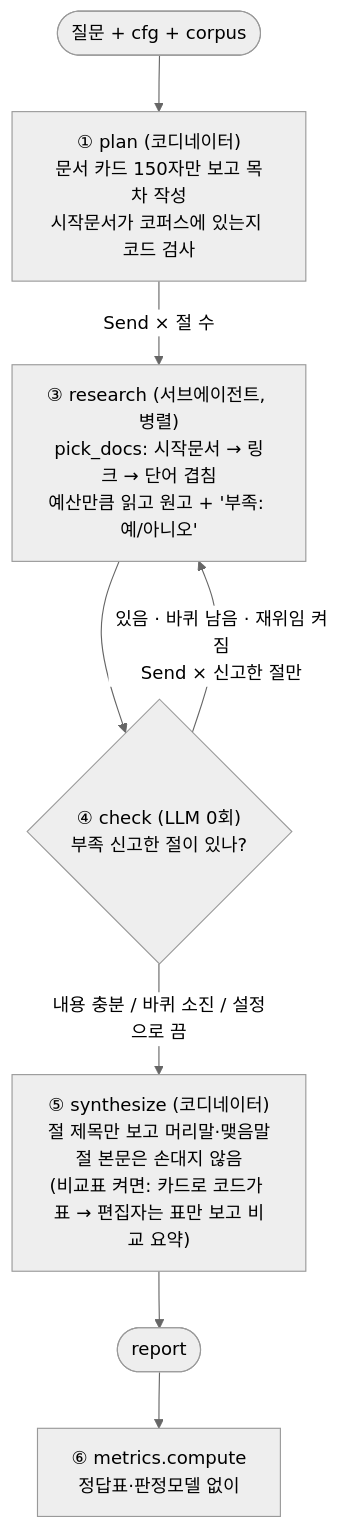
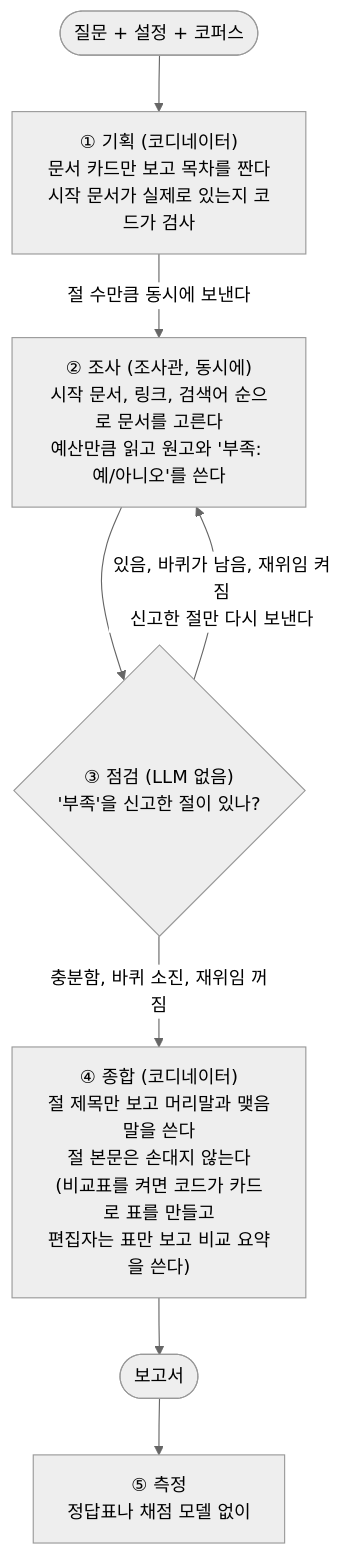
Before and after one commit to jubyeong-kim/market-deep-researcher: the diagram in REPORT.md, drawn with Mermaid (neutral theme). The commit also changed other lines of this file and 1 other file, not shown here.

First line of the commit message:
Rewrite REPORT and README in plain Korean around one question

````diff
--- a/REPORT.md
+++ b/REPORT.md
@@ -74,14 +112,14 @@
 ```mermaid
 flowchart TD
-    START([질문 + cfg + corpus]) --> plan
-    plan["① plan (코디네이터)<br/>문서 카드 150자만 보고 목차 작성<br/>시작문서가 코퍼스에 있는지 코드 검사"]
-    plan -->|"Send × 절 수"| research
-    research["③ research (서브에이전트, 병렬)<br/>pick_docs: 시작문서 → 링크 → 단어 겹침<br/>예산만큼 읽고 원고 + '부족: 예/아니오'"]
+    START([질문 + 설정 + 코퍼스]) --> plan
+    plan["① 기획 (코디네이터)<br/>문서 카드만 보고 목차를 짠다<br/>시작 문서가 실제로 있는지 코드가 검사"]
+    plan -->|"절 수만큼 동시에 보낸다"| research
+    research["② 조사 (조사관, 동시에)<br/>시작 문서, 링크, 검색어 순으로 문서를 고른다<br/>예산만큼 읽고 원고와 '부족: 예/아니오'를 쓴다"]
     research --> check
-    check{"④ check (LLM 0회)<br/>부족 신고한 절이 있나?"}
-    check -->|"있음 · 바퀴 남음 · 재위임 켜짐<br/>Send × 신고한 절만"| research
-    check -->|"내용 충분 / 바퀴 소진 / 설정으로 끔"| synthesize
-    synthesize["⑤ synthesize (코디네이터)<br/>절 제목만 보고 머리말·맺음말<br/>절 본문은 손대지 않음<br/>(비교표 켜면: 카드로 코드가 표 → 편집자는 표만 보고 비교 요약)"]
-    synthesize --> END([report])
-    END --> metrics["⑥ metrics.compute<br/>정답표·판정모델 없이"]
+    check{"③ 점검 (LLM 없음)<br/>'부족'을 신고한 절이 있나?"}
+    check -->|"있음, 바퀴가 남음, 재위임 켜짐<br/>신고한 절만 다시 보낸다"| research
+    check -->|"충분함, 바퀴 소진, 재위임 꺼짐"| synthesize
+    synthesize["④ 종합 (코디네이터)<br/>절 제목만 보고 머리말과 맺음말을 쓴다<br/>절 본문은 손대지 않는다<br/>(비교표를 켜면 코드가 카드로 표를 만들고<br/>편집자는 표만 보고 비교 요약을 쓴다)"]
+    synthesize --> END([보고서])
+    END --> metrics["⑤ 측정<br/>정답표나 채점 모델 없이"]
 ```
````
